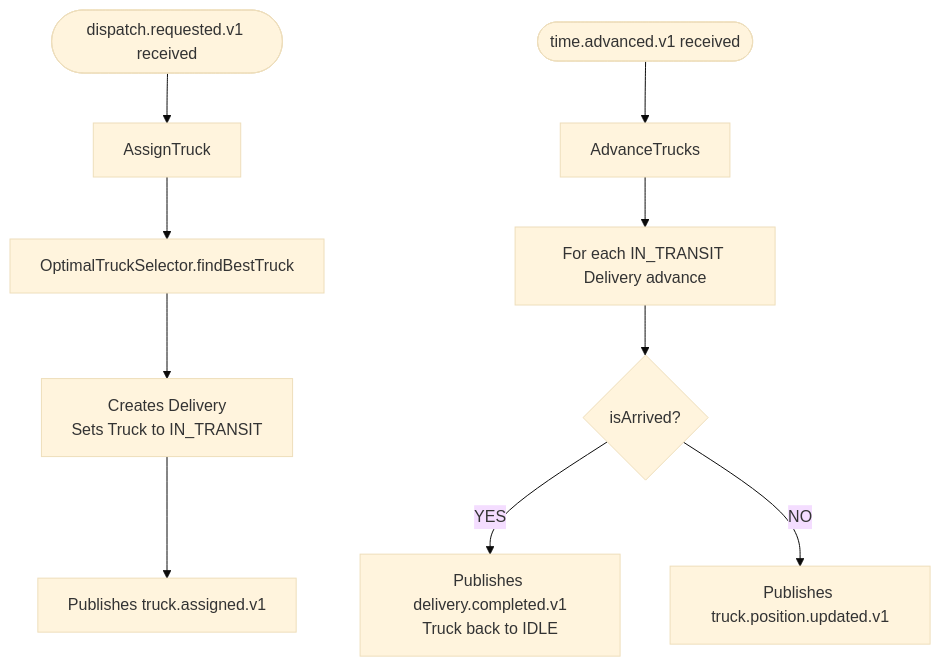
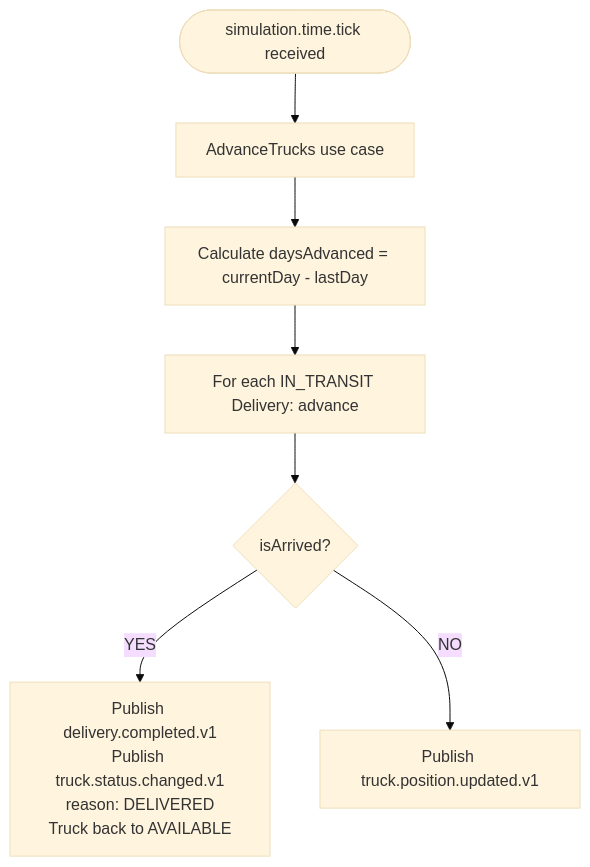
One commit to PauLopNun/workshop-suministros changed the fifth of 6 diagrams in transport/ddd.md. Above: the diagram before and after it, drawn with Mermaid (base theme). The commit also changed other lines of this file, not shown here.

Commit message:
docs: Added flow diagrams on transport ddd.md

````diff
--- a/transport/ddd.md
+++ b/transport/ddd.md
@@ -92,13 +118,10 @@
 ```mermaid
 flowchart TD
-    UC1([dispatch.requested.v1 received]) --> A1[AssignTruck]
-    A1 --> A2[OptimalTruckSelector.findBestTruck]
-    A2 --> A3[Creates Delivery\nSets Truck to IN_TRANSIT]
-    A3 --> A4[Publishes truck.assigned.v1]
-
-    UC2([time.advanced.v1 received]) --> B1[AdvanceTrucks]
-    B1 --> B2[For each IN_TRANSIT Delivery advance]
-    B2 --> B3{isArrived?}
-    B3 -->|YES| B4[Publishes delivery.completed.v1\nTruck back to IDLE]
-    B3 -->|NO| B5[Publishes truck.position.updated.v1]
+    UC2([simulation.time.tick received])
+    UC2 --> B1[AdvanceTrucks use case]
+    B1 --> B2[Calculate daysAdvanced = currentDay - lastDay]
+    B2 --> B3[For each IN_TRANSIT Delivery: advance]
+    B3 --> B4{isArrived?}
+    B4 -->|YES| B5[Publish delivery.completed.v1\nPublish truck.status.changed.v1\nreason: DELIVERED\nTruck back to AVAILABLE]
+    B4 -->|NO| B6[Publish truck.position.updated.v1]
 ```
````
